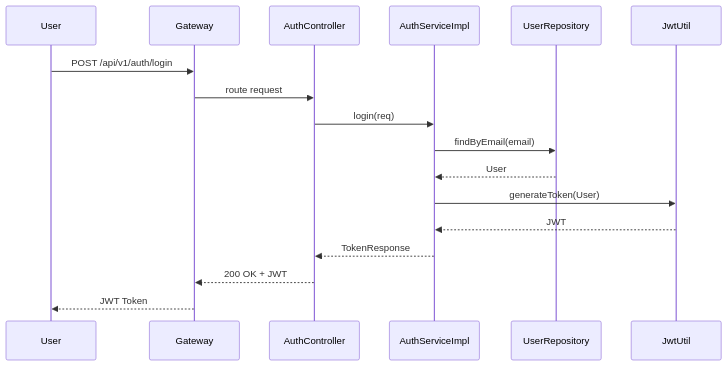
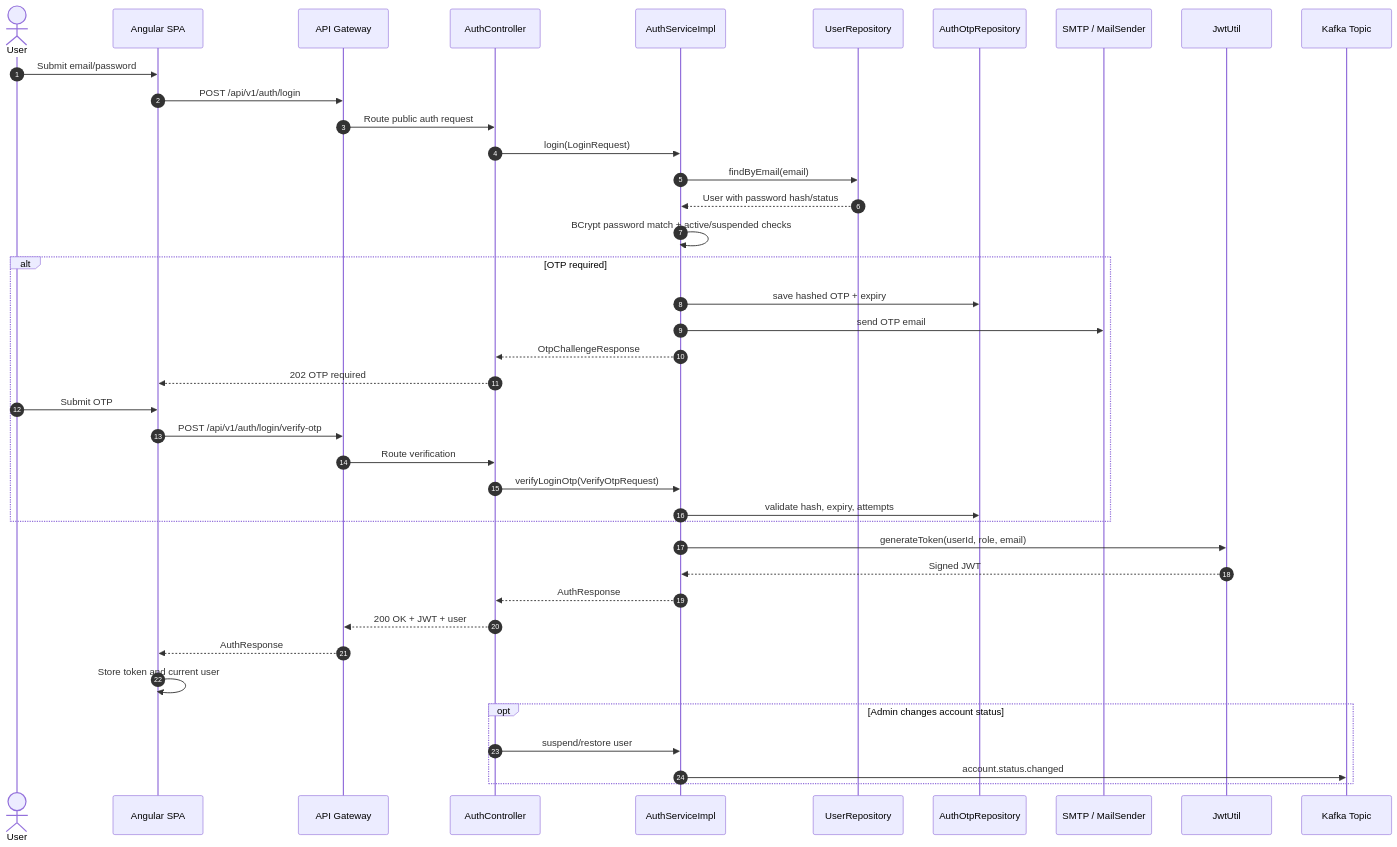
Before and after one commit to Prashant-kumar-sharma/FlowBoard-Backend: the third of 4 diagrams in docs/services/auth-service/diagrams.md, drawn with Mermaid. The commit also changed other lines of this file and 10 other files, not shown here.

Commit message:
[Prashant] : Added Diagrams for all the services

````diff
--- a/docs/services/auth-service/diagrams.md
+++ b/docs/services/auth-service/diagrams.md
@@ -35,13 +109,44 @@
 ```mermaid
 sequenceDiagram
-    User->>Gateway: POST /api/v1/auth/login
-    Gateway->>AuthController: route request
-    AuthController->>AuthServiceImpl: login(req)
-    AuthServiceImpl->>UserRepository: findByEmail(email)
-    UserRepository-->>AuthServiceImpl: User
-    AuthServiceImpl->>JwtUtil: generateToken(User)
-    JwtUtil-->>AuthServiceImpl: JWT
-    AuthServiceImpl-->>AuthController: TokenResponse
-    AuthController-->>Gateway: 200 OK + JWT
-    Gateway-->>User: JWT Token
+    autonumber
+    actor User
+    participant Angular as Angular SPA
+    participant Gateway as API Gateway
+    participant Auth as AuthController
+    participant Service as AuthServiceImpl
+    participant Users as UserRepository
+    participant OTP as AuthOtpRepository
+    participant Mail as SMTP / MailSender
+    participant JWT as JwtUtil
+    participant Kafka as Kafka Topic
+
+    User->>Angular: Submit email/password
+    Angular->>Gateway: POST /api/v1/auth/login
+    Gateway->>Auth: Route public auth request
+    Auth->>Service: login(LoginRequest)
+    Service->>Users: findByEmail(email)
+    Users-->>Service: User with password hash/status
+    Service->>Service: BCrypt password match + active/suspended checks
+    alt OTP required
+        Service->>OTP: save hashed OTP + expiry
+        Service->>Mail: send OTP email
+        Service-->>Auth: OtpChallengeResponse
+        Auth-->>Angular: 202 OTP required
+        User->>Angular: Submit OTP
+        Angular->>Gateway: POST /api/v1/auth/login/verify-otp
+        Gateway->>Auth: Route verification
+        Auth->>Service: verifyLoginOtp(VerifyOtpRequest)
+        Service->>OTP: validate hash, expiry, attempts
+    end
+    Service->>JWT: generateToken(userId, role, email)
+    JWT-->>Service: Signed JWT
+    Service-->>Auth: AuthResponse
+    Auth-->>Gateway: 200 OK + JWT + user
+    Gateway-->>Angular: AuthResponse
+    Angular->>Angular: Store token and current user
+
+    opt Admin changes account status
+        Auth->>Service: suspend/restore user
+        Service->>Kafka: account.status.changed
+    end
 ```
````
